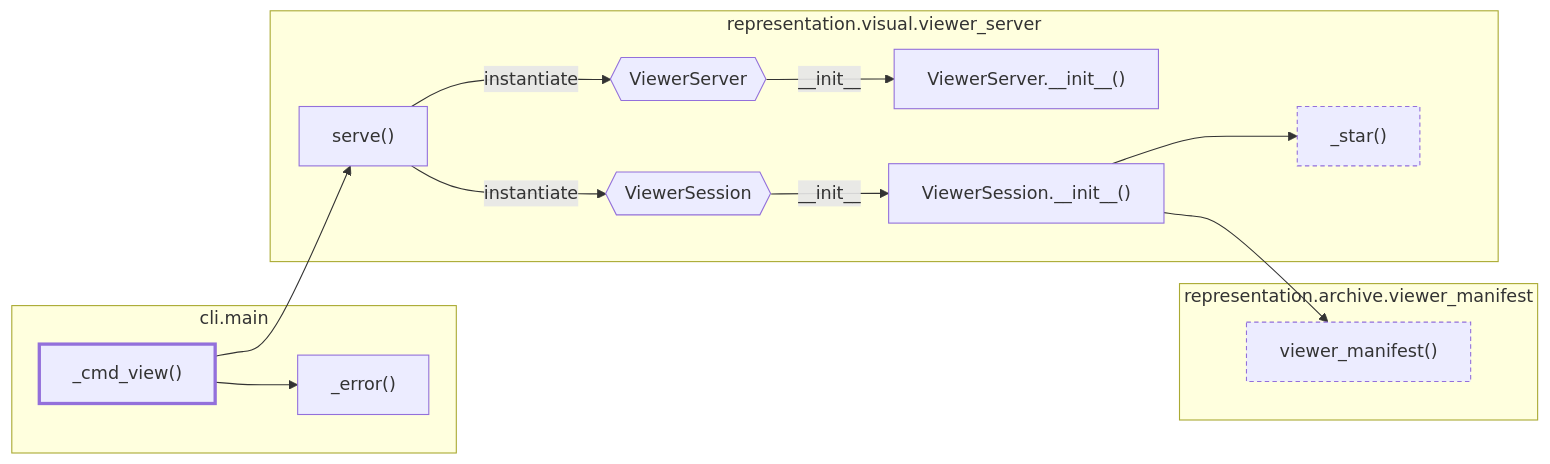
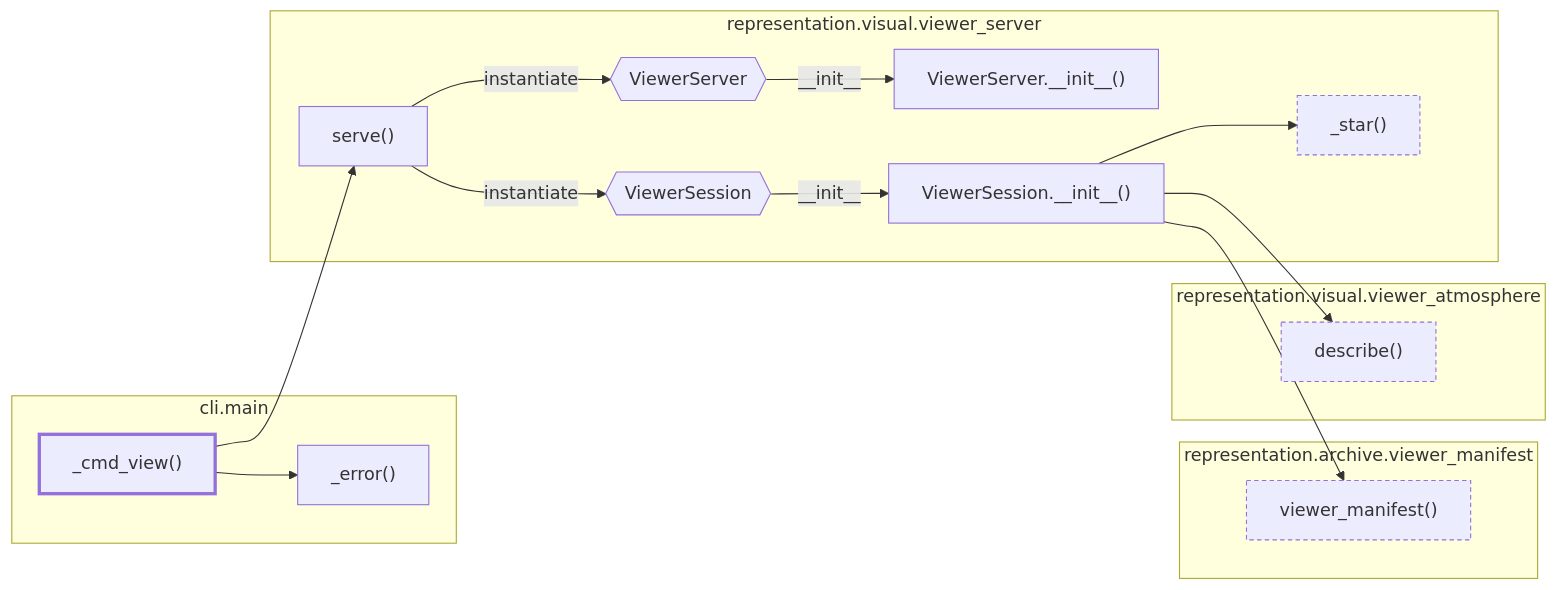
The diagram in docs/architecture/current/calls/cli-view.mmd (AlexandreEros/Palintropos), drawn with Mermaid before and after one commit. The commit also changed 25 other files, not shown here.

First line of the commit message:
Refresh architecture snapshot for Viewer 3

```diff
--- a/docs/architecture/current/calls/cli-view.mmd
+++ b/docs/architecture/current/calls/cli-view.mmd
@@ -1,31 +1,36 @@
 %% Generated by tools.architecture 2.3.0. Do not edit by hand.
 %% Static call graph from tropoi.cli.main._cmd_view, depth <= 4. Solid: call/instantiate/__init__/super. Dashed: self-dispatch and possible overrides. Dashed border: node with further calls beyond the depth cut.
 flowchart LR
     subgraph g_tropoi_ocli_omain["cli.main"]
         n_tropoi_ocli_omain_o__cmd__view["#95;cmd#95;view()"]
         n_tropoi_ocli_omain_o__error["#95;error()"]
     end
     subgraph g_tropoi_orepresentation_oarchive_oviewer__manifest["representation.archive.viewer#95;manifest"]
         n_tropoi_orepresentation_oarchive_oviewer__manifest_oviewer__manifest["viewer#95;manifest()"]
+    end
+    subgraph g_tropoi_orepresentation_ovisual_oviewer__atmosphere["representation.visual.viewer#95;atmosphere"]
+        n_tropoi_orepresentation_ovisual_oviewer__atmosphere_odescribe["describe()"]
     end
     subgraph g_tropoi_orepresentation_ovisual_oviewer__server["representation.visual.viewer#95;server"]
         n_tropoi_orepresentation_ovisual_oviewer__server_oViewerServer{{"ViewerServer"}}
         n_tropoi_orepresentation_ovisual_oviewer__server_oViewerServer_o____init____["ViewerServer.#95;#95;init#95;#95;()"]
         n_tropoi_orepresentation_ovisual_oviewer__server_oViewerSession{{"ViewerSession"}}
         n_tropoi_orepresentation_ovisual_oviewer__server_oViewerSession_o____init____["ViewerSession.#95;#95;init#95;#95;()"]
         n_tropoi_orepresentation_ovisual_oviewer__server_o__star["#95;star()"]
         n_tropoi_orepresentation_ovisual_oviewer__server_oserve["serve()"]
     end
     n_tropoi_ocli_omain_o__cmd__view --> n_tropoi_ocli_omain_o__error
     n_tropoi_ocli_omain_o__cmd__view --> n_tropoi_orepresentation_ovisual_oviewer__server_oserve
     n_tropoi_orepresentation_ovisual_oviewer__server_oViewerServer -->|#95;#95;init#95;#95;| n_tropoi_orepresentation_ovisual_oviewer__server_oViewerServer_o____init____
     n_tropoi_orepresentation_ovisual_oviewer__server_oViewerSession -->|#95;#95;init#95;#95;| n_tropoi_orepresentation_ovisual_oviewer__server_oViewerSession_o____init____
     n_tropoi_orepresentation_ovisual_oviewer__server_oViewerSession_o____init____ --> n_tropoi_orepresentation_oarchive_oviewer__manifest_oviewer__manifest
+    n_tropoi_orepresentation_ovisual_oviewer__server_oViewerSession_o____init____ --> n_tropoi_orepresentation_ovisual_oviewer__atmosphere_odescribe
     n_tropoi_orepresentation_ovisual_oviewer__server_oViewerSession_o____init____ --> n_tropoi_orepresentation_ovisual_oviewer__server_o__star
     n_tropoi_orepresentation_ovisual_oviewer__server_oserve -->|instantiate| n_tropoi_orepresentation_ovisual_oviewer__server_oViewerServer
     n_tropoi_orepresentation_ovisual_oviewer__server_oserve -->|instantiate| n_tropoi_orepresentation_ovisual_oviewer__server_oViewerSession
     classDef root stroke-width:3px
     classDef truncated stroke-dasharray:4 3
     class n_tropoi_ocli_omain_o__cmd__view root
     class n_tropoi_orepresentation_oarchive_oviewer__manifest_oviewer__manifest truncated
+    class n_tropoi_orepresentation_ovisual_oviewer__atmosphere_odescribe truncated
     class n_tropoi_orepresentation_ovisual_oviewer__server_o__star truncated
```
